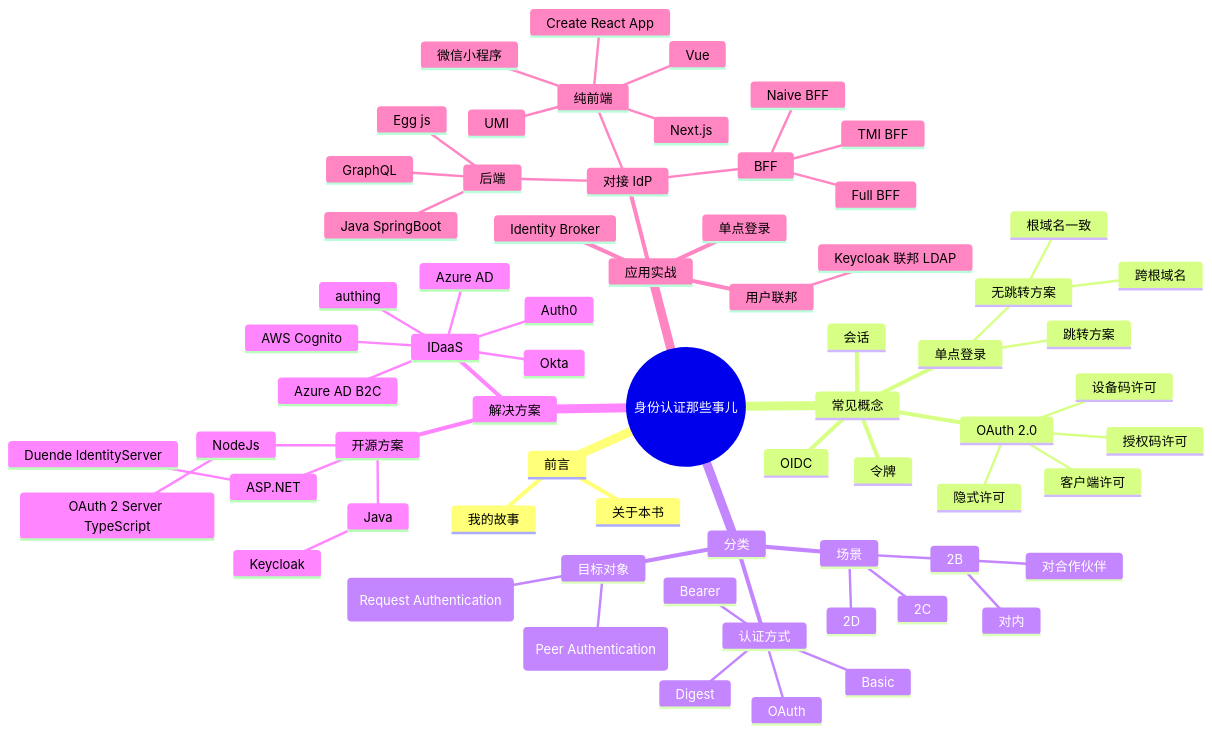
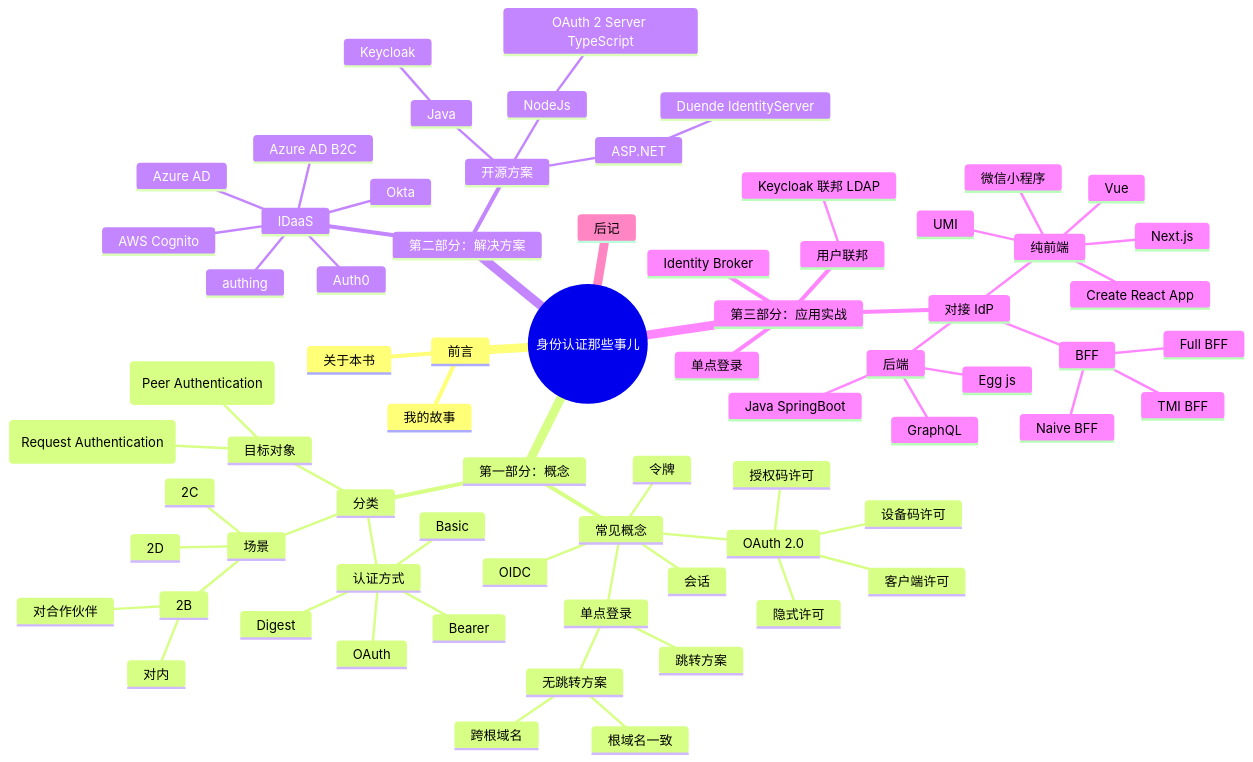
The first of 2 diagrams in docs/idea.md (Jeff-Tian/AllAboutIdentity), drawn with Mermaid before and after one commit.

Commit message:
docs(UNI-124): partition

````diff
--- a/docs/idea.md
+++ b/docs/idea.md
@@ -5,71 +5,73 @@
 ```mermaid
 mindmap
   root((身份认证那些事儿))
     前言
       我的故事
       关于本书
-    常见概念
-      会话
-      令牌
-      OAuth 2.0
-        授权码许可
-        客户端许可
-        隐式许可
-        设备码许可
-      OIDC
-      单点登录
-        跳转方案
-        无跳转方案
-          根域名一致
-          跨根域名
-    分类
-      场景
-        2B
-          对内
-          对合作伙伴
-        2C
-        2D
-      目标对象
-        机器 (Peer Authentication)
-        人类 (Request Authentication)
-      认证方式
-        Basic
-        Digest
-        OAuth
-        Bearer
-    解决方案
+    第一部分：概念
+      常见概念
+        会话
+        令牌
+        OAuth 2.0
+          授权码许可
+          客户端许可
+          隐式许可
+          设备码许可
+        OIDC
+        单点登录
+          跳转方案
+          无跳转方案
+            根域名一致
+            跨根域名
+      分类
+        场景
+          2B
+            对内
+            对合作伙伴
+          2C
+          2D
+        目标对象
+          机器 (Peer Authentication)
+          人类 (Request Authentication)
+        认证方式
+          Basic
+          Digest
+          OAuth
+          Bearer
+    第二部分：解决方案
       IDaaS
         authing
         Okta
         Auth0
         Azure AD
         Azure AD B2C
         AWS Cognito
       开源方案
         Java
           Keycloak
         ASP.NET
           Duende IdentityServer
         NodeJs
           OAuth 2 Server TypeScript
-    应用实战
+    第三部分：应用实战
       对接 IdP
         纯前端
           UMI
           Next.js
           Create React App
           Vue
           微信小程序
         BFF
           Naive BFF
           TMI BFF
           Full BFF
         后端
           Java SpringBoot
           Egg js
           GraphQL
       用户联邦
         Keycloak 联邦 LDAP
       Identity Broker
       单点登录
+    后记
 ```
````
